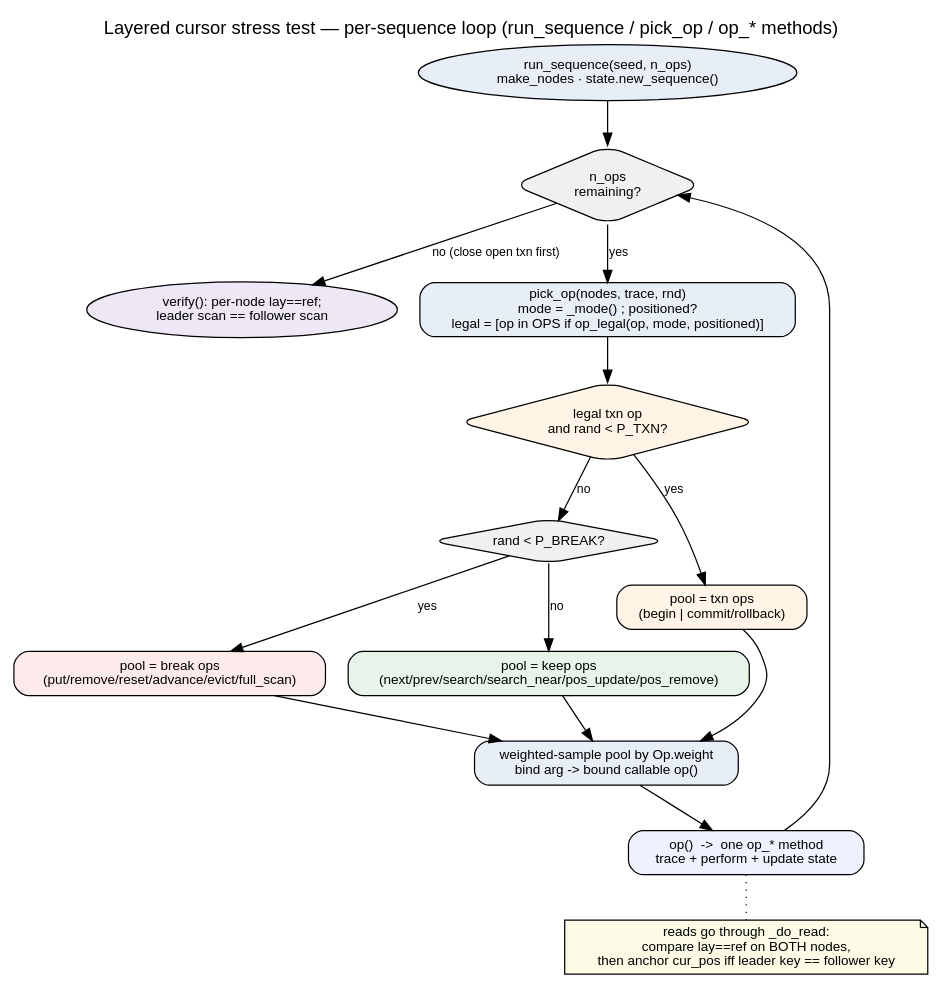
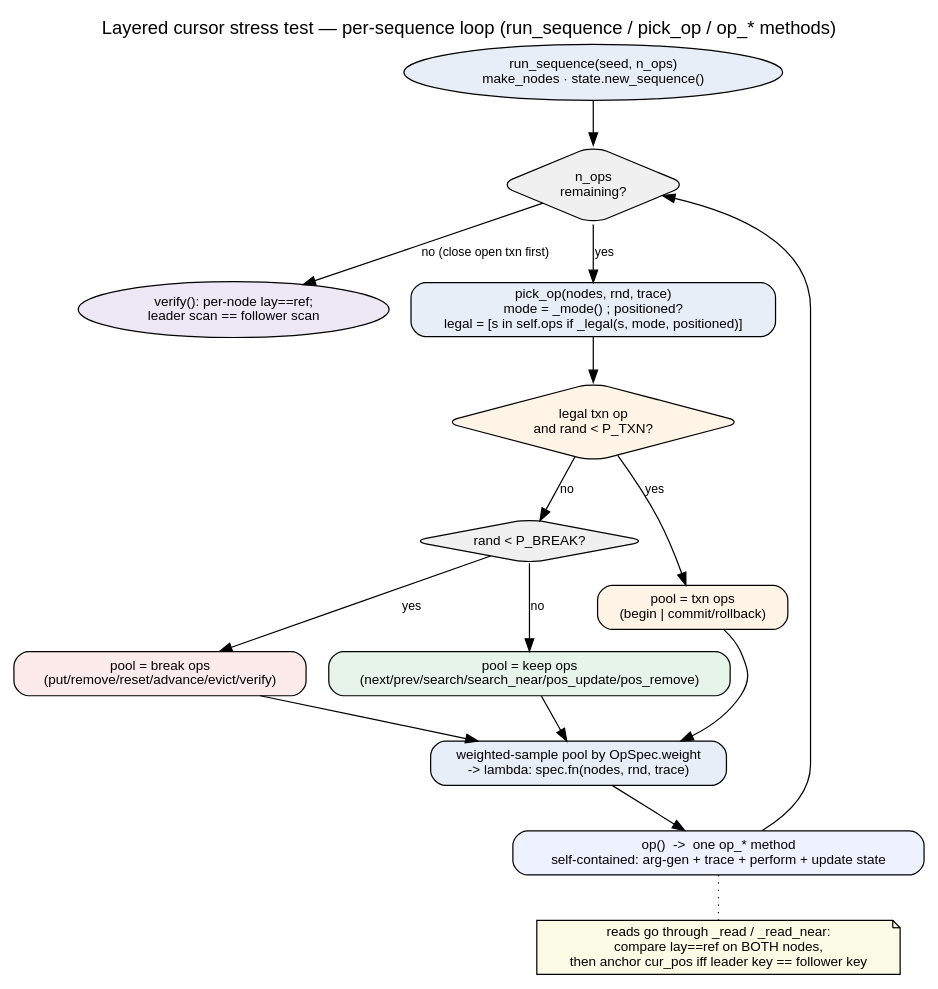
The diagram in layered_cursor_stress_test_oploop.dot (wiredtiger/wiredtiger), drawn with Graphviz before and after one commit. The commit also changed 6 other files, not shown here.

First line of the commit message:
Docs: sync architecture + plan to the OpSpec/no-string dispatch design

```diff
--- a/layered_cursor_stress_test_oploop.dot
+++ b/layered_cursor_stress_test_oploop.dot
@@ -1,44 +1,44 @@
 // Layered cursor stress test -- per-sequence operation loop (config-driven generation).
 // Render:  dot -Tsvg layered_cursor_stress_test_oploop.dot -o arch_oploop.svg
 digraph layered_cursor_stress_oploop {
   rankdir=TB;
   fontname="Helvetica"; labelloc=t; fontsize=15;
   label="Layered cursor stress test — per-sequence loop (run_sequence / pick_op / op_* methods)";
   node [fontname="Helvetica", fontsize=11, shape=box, style="rounded,filled", fillcolor="#ffffff"];
   edge [fontname="Helvetica", fontsize=10];
 
   start  [shape=oval, fillcolor="#e8eef7", label="run_sequence(seed, n_ops)\nmake_nodes · state.new_sequence()"];
   loop   [shape=diamond, fillcolor="#f0f0f0", label="n_ops\nremaining?"];
   verify [shape=oval, fillcolor="#ede7f6", label="verify(): per-node lay==ref;\nleader scan == follower scan"];
 
   // pick_op: the config-driven generator
-  mode   [fillcolor="#e8eef7", label="pick_op(nodes, trace, rnd)\nmode = _mode() ; positioned?\nlegal = [op in OPS if op_legal(op, mode, positioned)]"];
+  mode   [fillcolor="#e8eef7", label="pick_op(nodes, rnd, trace)\nmode = _mode() ; positioned?\nlegal = [s in self.ops if _legal(s, mode, positioned)]"];
   txnq   [shape=diamond, fillcolor="#fff4e5", label="legal txn op\nand rand < P_TXN?"];
   brkq   [shape=diamond, fillcolor="#f0f0f0", label="rand < P_BREAK?"];
   pooltxn [fillcolor="#fff4e5", label="pool = txn ops\n(begin | commit/rollback)"];
-  poolbrk [fillcolor="#fdeaea", label="pool = break ops\n(put/remove/reset/advance/evict/full_scan)"];
+  poolbrk [fillcolor="#fdeaea", label="pool = break ops\n(put/remove/reset/advance/evict/verify)"];
   poolkeep[fillcolor="#e6f4ea", label="pool = keep ops\n(next/prev/search/search_near/pos_update/pos_remove)"];
-  sample [fillcolor="#e8eef7", label="weighted-sample pool by Op.weight\nbind arg -> bound callable op()"];
+  sample [fillcolor="#e8eef7", label="weighted-sample pool by OpSpec.weight\n-> lambda: spec.fn(nodes, rnd, trace)"];
 
   // the callable runs one op_* method (which updates self.state)
-  run    [fillcolor="#eef2ff", label="op()  ->  one op_* method\ntrace + perform + update state"];
+  run    [fillcolor="#eef2ff", label="op()  ->  one op_* method\nself-contained: arg-gen + trace + perform + update state"];
 
   start -> loop;
   loop  -> mode   [label="yes"];
   loop  -> verify [label="no (close open txn first)"];
 
   mode -> txnq;
   txnq -> pooltxn [label="yes"];
   txnq -> brkq    [label="no"];
   brkq -> poolbrk [label="yes"];
   brkq -> poolkeep[label="no"];
   pooltxn  -> sample;
   poolbrk  -> sample;
   poolkeep -> sample;
   sample -> run;
   run    -> loop;
 
   // note on the oracle
-  note [shape=note, fillcolor="#fbfbe6", label="reads go through _do_read:\ncompare lay==ref on BOTH nodes,\nthen anchor cur_pos iff leader key == follower key"];
+  note [shape=note, fillcolor="#fbfbe6", label="reads go through _read / _read_near:\ncompare lay==ref on BOTH nodes,\nthen anchor cur_pos iff leader key == follower key"];
   run -> note [style=dotted, arrowhead=none];
 }
```
